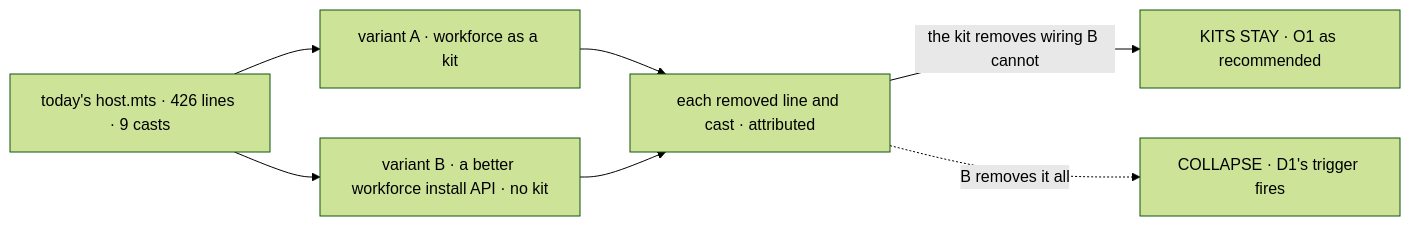
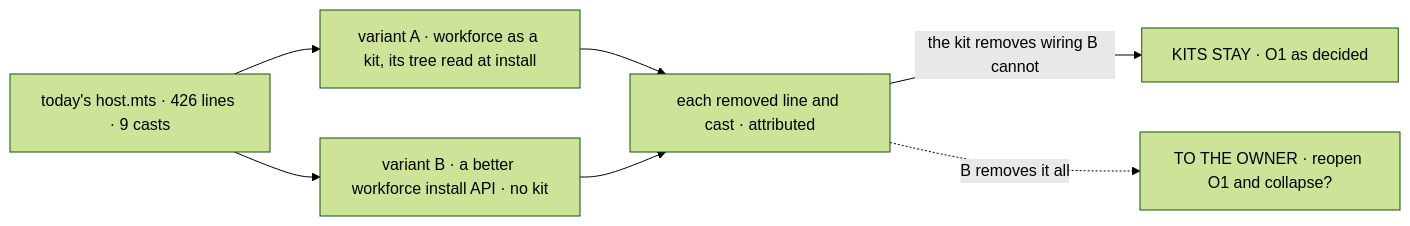
One commit to fixpoint-labs/flow-state-dev changed the diagram in specs/issues/FIX-2622/SPEC.md. Above: the diagram before and after it, drawn with Mermaid (forest theme). The commit also changed other lines of this file and 20 other files, not shown here.

First line of the commit message:
spec(FIX-2618): record the owner's decisions on O1, O2, O4, O5 and ER-8; amend FIX-2619 and FIX-2622

````diff
--- a/specs/issues/FIX-2622/SPEC.md
+++ b/specs/issues/FIX-2622/SPEC.md
@@ -30,9 +30,9 @@
 ```mermaid
 flowchart LR
-  T["today's host.mts · 426 lines · 9 casts"] --> A["variant A · workforce as a kit"]
+  T["today's host.mts · 426 lines · 9 casts"] --> A["variant A · workforce as a kit, its tree read at install"]
   T --> B["variant B · a better workforce install API · no kit"]
   A --> M["each removed line and cast · attributed"]
   B --> M
-  M -->|"the kit removes wiring B cannot"| K["KITS STAY · O1 as recommended"]
-  M -.->|"B removes it all"| C["COLLAPSE · D1's trigger fires"]
+  M -->|"the kit removes wiring B cannot"| K["KITS STAY · O1 as decided"]
+  M -.->|"B removes it all"| C["TO THE OWNER · reopen O1 and collapse?"]
 ```
````
